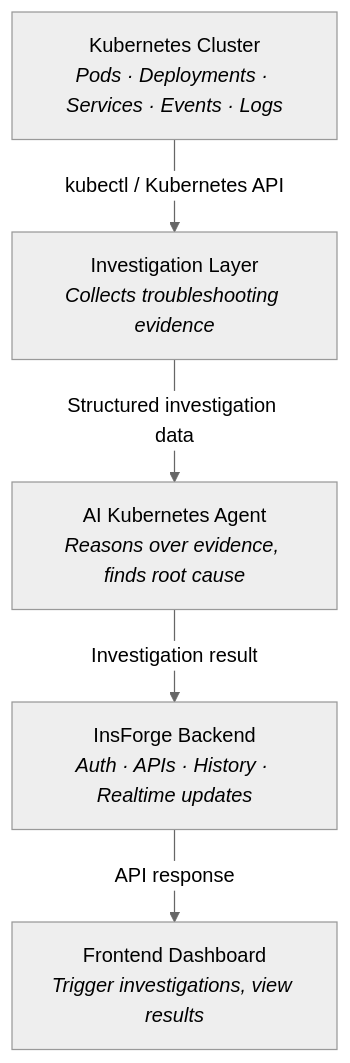
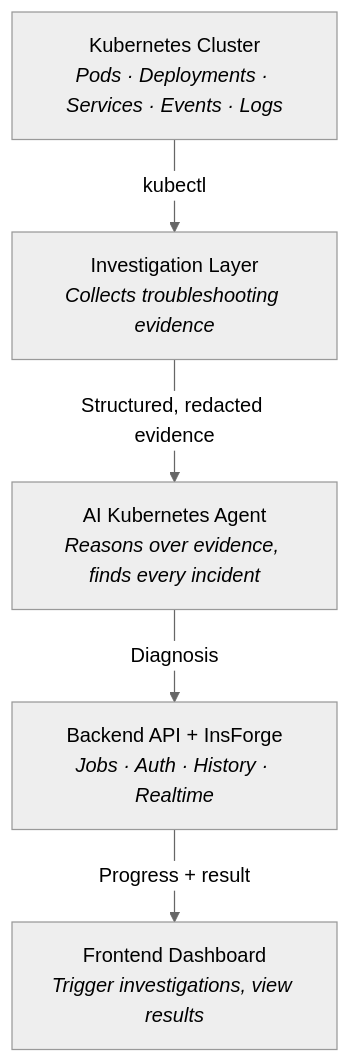
One commit to mohammedfirdouss/k8s-ai-agent changed the first of 5 diagrams in README.md. Above: the diagram before and after it, drawn with Mermaid (neutral theme). The commit also changed other lines of this file and 7 other files, not shown here.

Commit message:
Add feedback functionality for diagnosis ratings and improve user authentication flow

````diff
--- a/README.md
+++ b/README.md
@@ -28,13 +30,13 @@
 ```mermaid
 flowchart TD
     K8S["Kubernetes Cluster<br/><i>Pods · Deployments · Services · Events · Logs</i>"]
     INV["Investigation Layer<br/><i>Collects troubleshooting evidence</i>"]
-    AI["AI Kubernetes Agent<br/><i>Reasons over evidence, finds root cause</i>"]
-    BE["InsForge Backend<br/><i>Auth · APIs · History · Realtime updates</i>"]
+    AI["AI Kubernetes Agent<br/><i>Reasons over evidence, finds every incident</i>"]
+    BE["Backend API + InsForge<br/><i>Jobs · Auth · History · Realtime</i>"]
     FE["Frontend Dashboard<br/><i>Trigger investigations, view results</i>"]
 
-    K8S -- "kubectl / Kubernetes API" --> INV
-    INV -- "Structured investigation data" --> AI
-    AI -- "Investigation result" --> BE
-    BE -- "API response" --> FE
+    K8S -- "kubectl" --> INV
+    INV -- "Structured, redacted evidence" --> AI
+    AI -- "Diagnosis" --> BE
+    BE -- "Progress + result" --> FE
 ```
````
